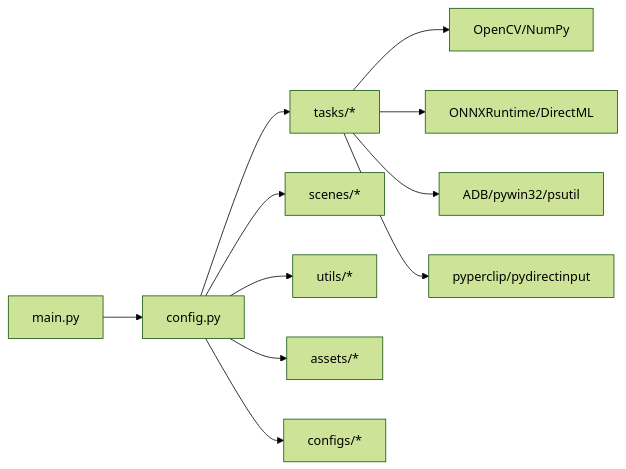
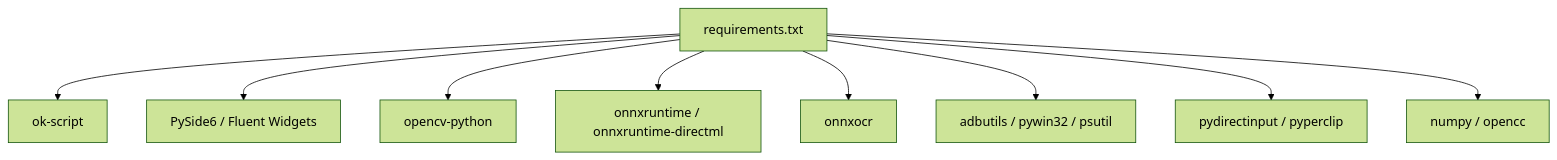
The sixth of 6 diagrams in .qoder/repowiki/zh/content/快速开始.md (xsy098-max/ok-jump), drawn with Mermaid (forest theme) before and after one commit. The commit also changed other lines of this file and 82 other files, not shown here.

First line of the commit message:
更新: 添加自动教程模块、清理截图文件、更新配置

````diff
--- a/.qoder/repowiki/zh/content/快速开始.md
+++ b/.qoder/repowiki/zh/content/快速开始.md
@@ -252,13 +274,11 @@
 ```mermaid
-graph LR
-A["main.py"] --> B["config.py"]
-B --> C["tasks/*"]
-B --> D["scenes/*"]
-B --> E["utils/*"]
-B --> F["assets/*"]
-B --> G["configs/*"]
-C --> H["OpenCV/NumPy"]
-C --> I["ONNXRuntime/DirectML"]
-C --> J["ADB/pywin32/psutil"]
-C --> K["pyperclip/pydirectinput"]
+graph TB
+R["requirements.txt"] --> F1["ok-script"]
+R --> F2["PySide6 / Fluent Widgets"]
+R --> CV["opencv-python"]
+R --> ORT["onnxruntime / onnxruntime-directml"]
+R --> OCR["onnxocr"]
+R --> SYS["adbutils / pywin32 / psutil"]
+R --> INPUT["pydirectinput / pyperclip"]
+R --> MATH["numpy / opencc"]
 ```
````
